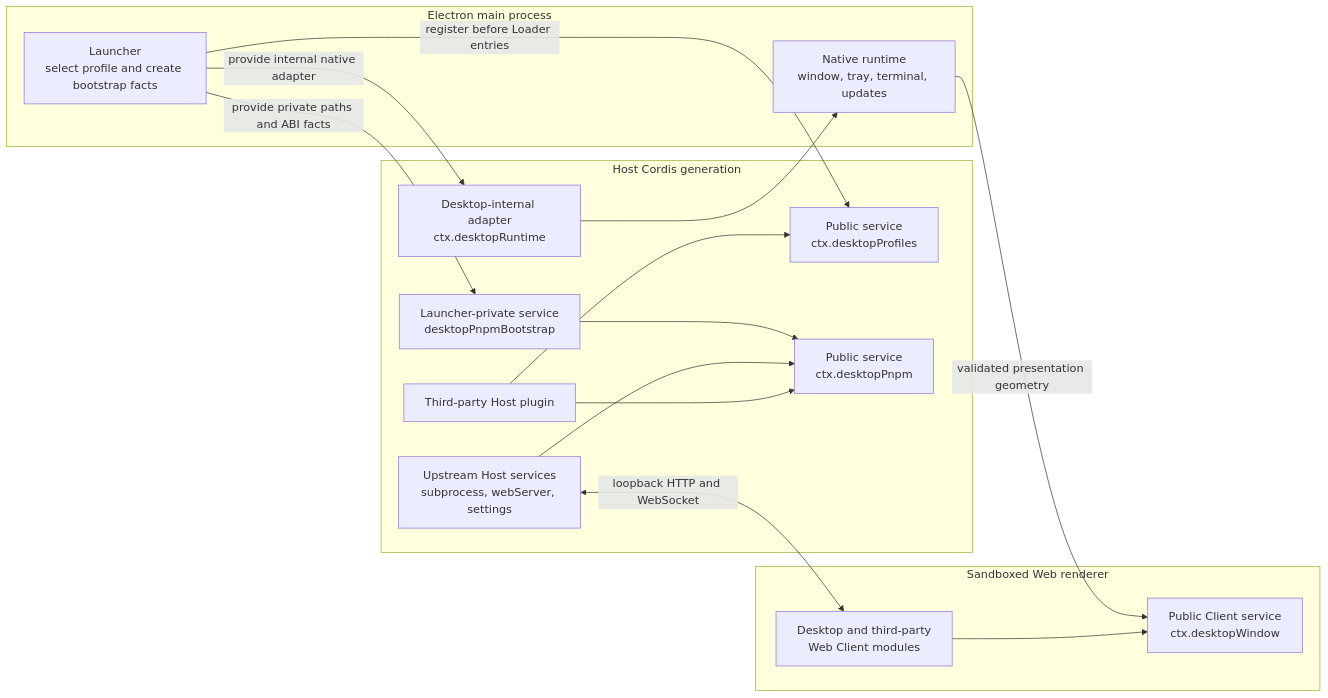
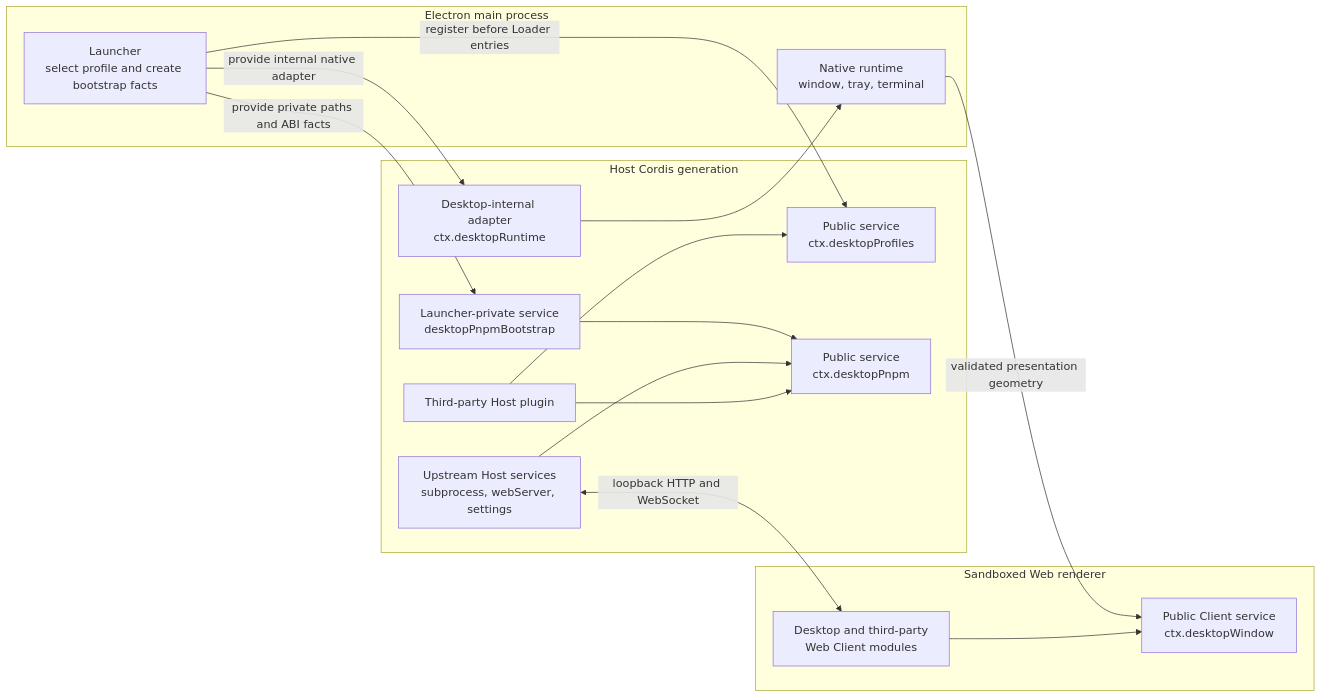
Before and after one commit to Alexliwenhao/shell-desktop: the diagram in shell-desktop/docs/plugin-services.md, drawn with Mermaid. The commit also changed other lines of this file and 19 other files, not shown here.

````diff
--- a/shell-desktop/docs/plugin-services.md
+++ b/shell-desktop/docs/plugin-services.md
@@ -9,33 +9,33 @@
 ```mermaid
 flowchart LR
   subgraph Electron["Electron main process"]
     Launcher["Launcher<br/>select profile and create bootstrap facts"]
-    Native["Native runtime<br/>window, tray, terminal, updates"]
+    Native["Native runtime<br/>window, tray, terminal"]
   end
 
   subgraph Host["Host Cordis generation"]
     Profiles["Public service<br/>ctx.desktopProfiles"]
     Bootstrap["Launcher-private service<br/>desktopPnpmBootstrap"]
     Pnpm["Public service<br/>ctx.desktopPnpm"]
     Runtime["Desktop-internal adapter<br/>ctx.desktopRuntime"]
     Upstream["Upstream Host services<br/>subprocess, webServer, settings"]
     Plugin["Third-party Host plugin"]
   end
 
   subgraph Renderer["Sandboxed Web renderer"]
     Client["Desktop and third-party<br/>Web Client modules"]
     Window["Public Client service<br/>ctx.desktopWindow"]
   end
 
   Launcher -->|"register before Loader entries"| Profiles
   Launcher -->|"provide private paths and ABI facts"| Bootstrap
   Launcher -->|"provide internal native adapter"| Runtime
   Bootstrap --> Pnpm
   Upstream --> Pnpm
   Runtime --> Native
   Native -->|"validated presentation geometry"| Window
   Plugin --> Profiles
   Plugin --> Pnpm
   Upstream <-->|"loopback HTTP and WebSocket"| Client
   Client --> Window
 ```
````
